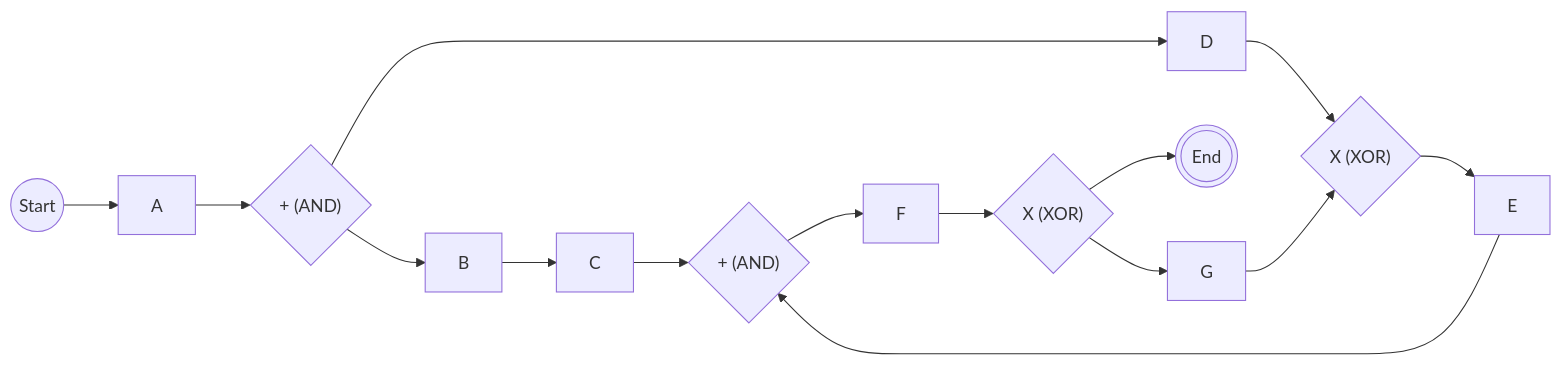
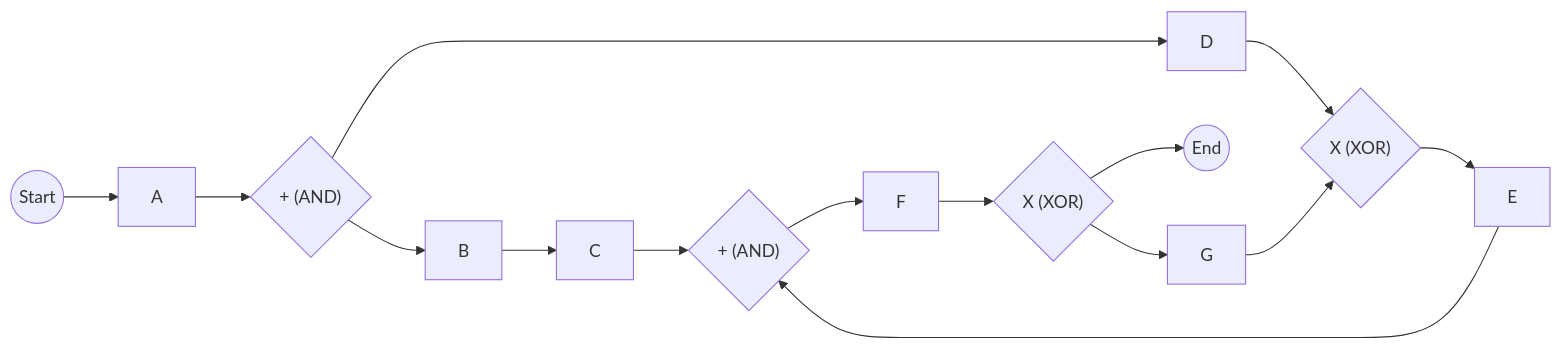
One commit to VieTee2705/Business_Process changed the first of 4 diagrams in Document/03-Ngan-Hang-Quiz-Va-Giai-Thich.md. Above: the diagram before and after it, drawn with Mermaid. The commit also changed other lines of this file, not shown here.

````diff
--- a/Document/03-Ngan-Hang-Quiz-Va-Giai-Thich.md
+++ b/Document/03-Ngan-Hang-Quiz-Va-Giai-Thich.md
@@ -172,8 +185,8 @@
 ```mermaid
 flowchart LR
-    S((Start)) --> A[A] --> G1{"+ (AND)"}
-    G1 --> B[B] --> C[C] --> G3{"+ (AND)"}
-    G1 --> D[D] --> G2{"X (XOR)"} --> E[E] --> G3
-    G3 --> F[F] --> G4{"X (XOR)"} --> END(((End)))
-    G4 --> G[G] --> G2
+    S(("Start")) --> A["A"] --> G1{"+ (AND)"}
+    G1 --> B["B"] --> C["C"] --> G3{"+ (AND)"}
+    G1 --> D["D"] --> G2{"X (XOR)"} --> E["E"] --> G3
+    G3 --> F["F"] --> G4{"X (XOR)"} --> E_END(("End"))
+    G4 --> G["G"] --> G2
 ```
````
